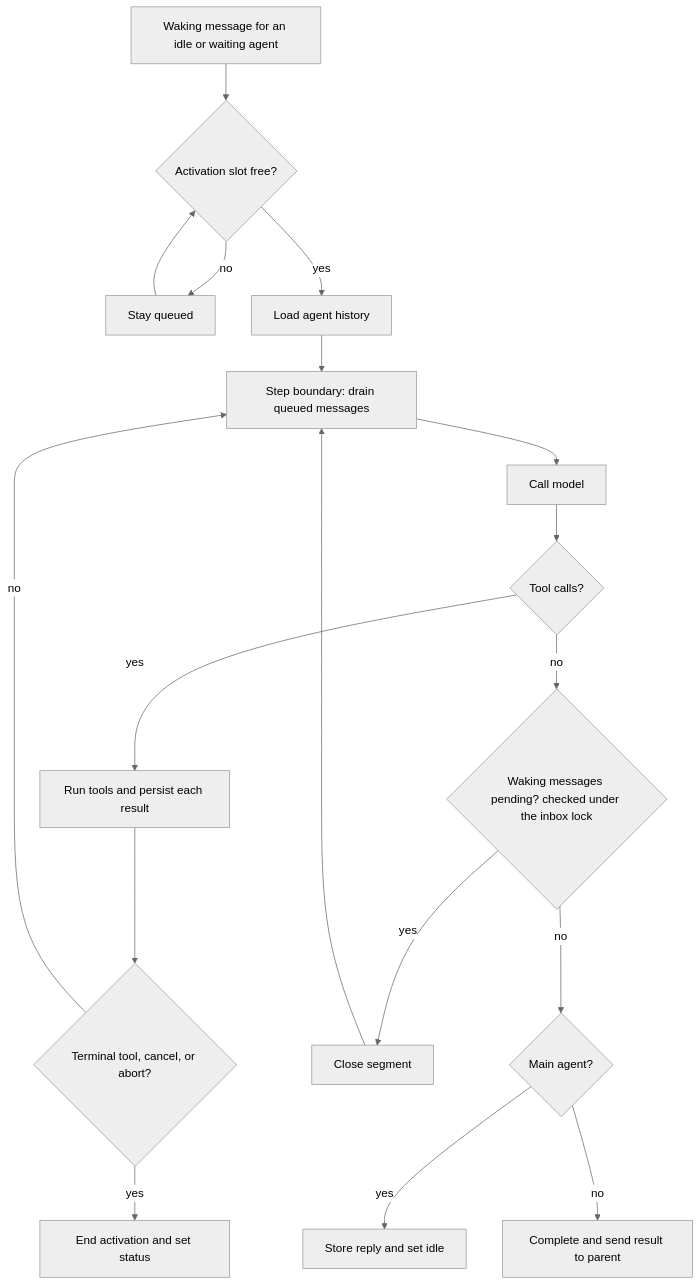
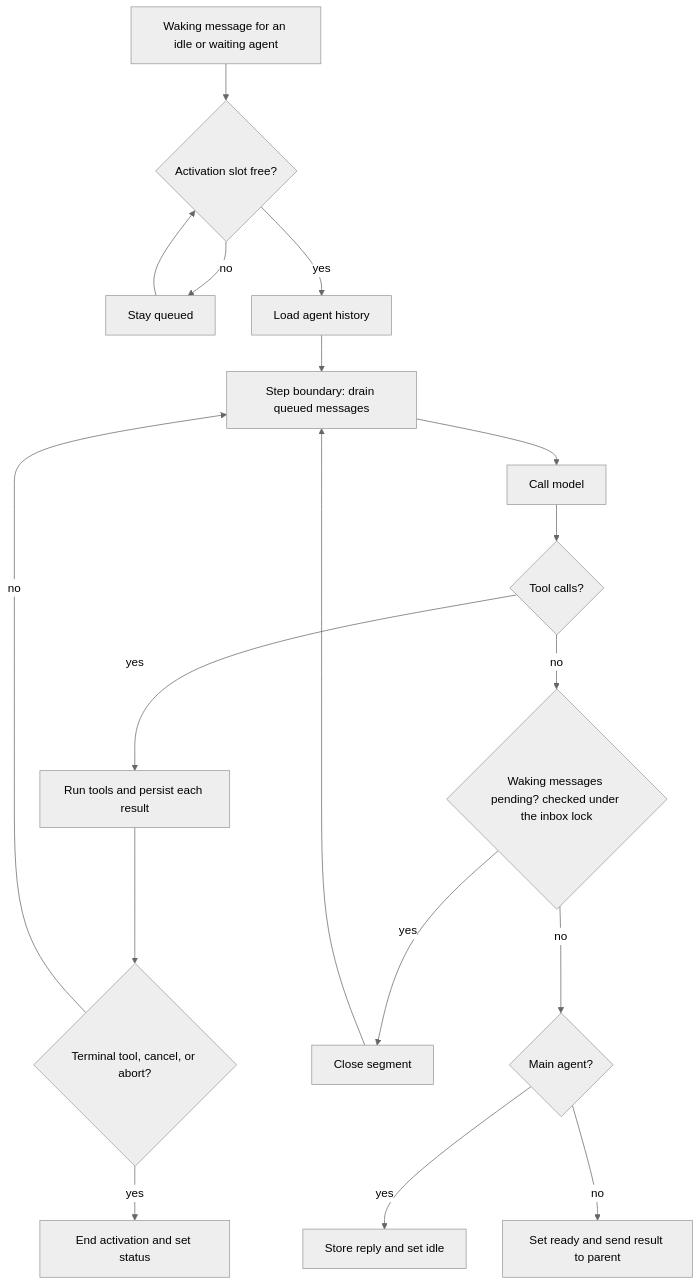
One commit to NickAwrist/euler changed the third of 7 diagrams in docs/design/async-agents.md. Above: the diagram before and after it, drawn with Mermaid (neutral theme). The commit also changed other lines of this file and 16 other files, not shown here.

````diff
--- a/docs/design/async-agents.md
+++ b/docs/design/async-agents.md
@@ -279,20 +196,20 @@
 ```mermaid
 flowchart TD
   Wake[Waking message for an idle or waiting agent] --> Slot{Activation slot free?}
   Slot -- no --> Queue[Stay queued]
   Queue --> Slot
   Slot -- yes --> Load[Load agent history]
   Load --> Boundary[Step boundary: drain queued messages]
   Boundary --> Model[Call model]
   Model --> Tools{Tool calls?}
   Tools -- yes --> Run[Run tools and persist each result]
   Run --> Terminal{Terminal tool, cancel, or abort?}
   Terminal -- no --> Boundary
   Terminal -- yes --> End[End activation and set status]
   Tools -- no --> Pending{Waking messages pending? checked under the inbox lock}
   Pending -- yes --> Segment[Close segment]
   Segment --> Boundary
   Pending -- no --> Kind{Main agent?}
   Kind -- yes --> Idle[Store reply and set idle]
-  Kind -- no --> Result[Complete and send result to parent]
+  Kind -- no --> Result[Set ready and send result to parent]
 ```
````
